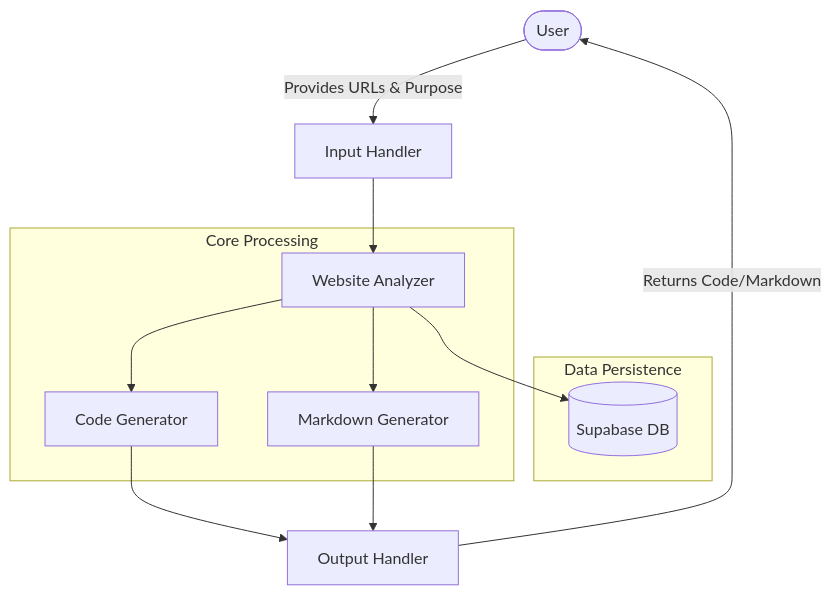
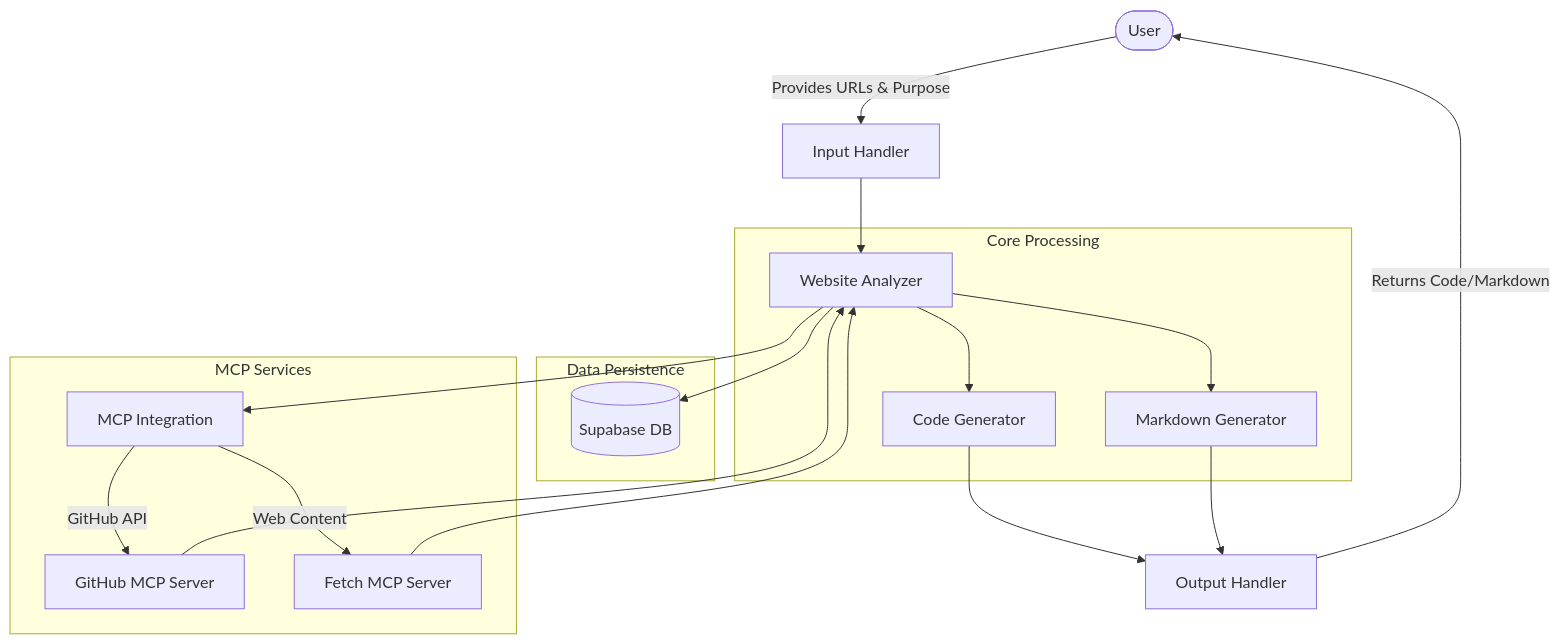
The first of 2 diagrams in memory-bank/systemPatterns.md (sulli365/crawl4ai-rag), drawn with Mermaid before and after one commit. The commit also changed other lines of this file and 18 other files, not shown here.

Commit message:
changed github information retrieval approach from scraping to Github MCP

````diff
--- a/memory-bank/systemPatterns.md
+++ b/memory-bank/systemPatterns.md
@@ -7,21 +7,36 @@
 ```mermaid
 flowchart TD
     User([User]) -->|Provides URLs & Purpose| Input[Input Handler]
     Input --> Analyzer[Website Analyzer]
+    
+    Analyzer --> MCP[MCP Integration]
+    MCP -->|GitHub API| GithubMCP[GitHub MCP Server]
+    MCP -->|Web Content| FetchMCP[Fetch MCP Server]
+    
     Analyzer --> DB[(Supabase DB)]
     Analyzer --> CodeGen[Code Generator]
     Analyzer --> MarkdownGen[Markdown Generator]
+    
+    GithubMCP --> Analyzer
+    FetchMCP --> Analyzer
+    
     CodeGen --> Output[Output Handler]
     MarkdownGen --> Output
     Output -->|Returns Code/Markdown| User
     
     subgraph "Data Persistence"
         DB
     end
     
     subgraph "Core Processing"
         Analyzer
         CodeGen
         MarkdownGen
     end
+    
+    subgraph "MCP Services"
+        MCP
+        GithubMCP
+        FetchMCP
+    end
 ```
````
